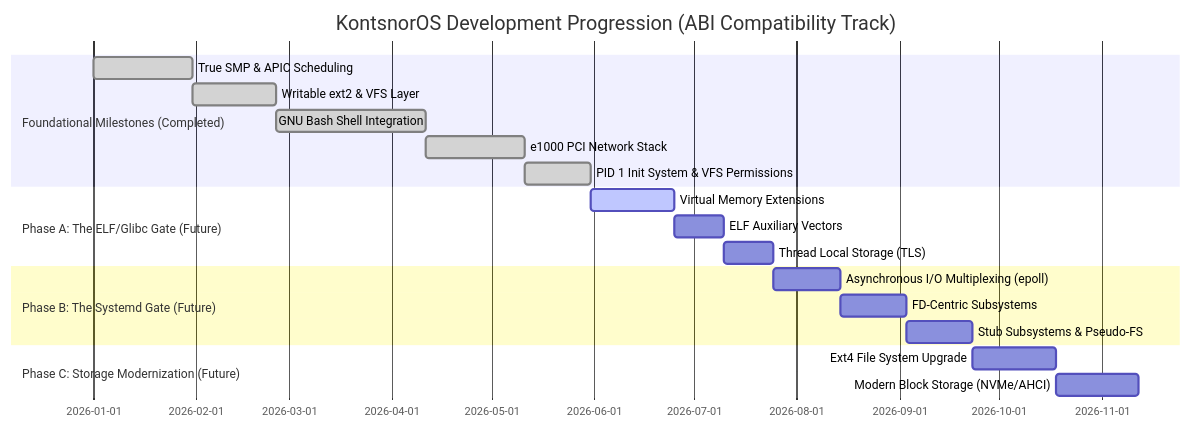
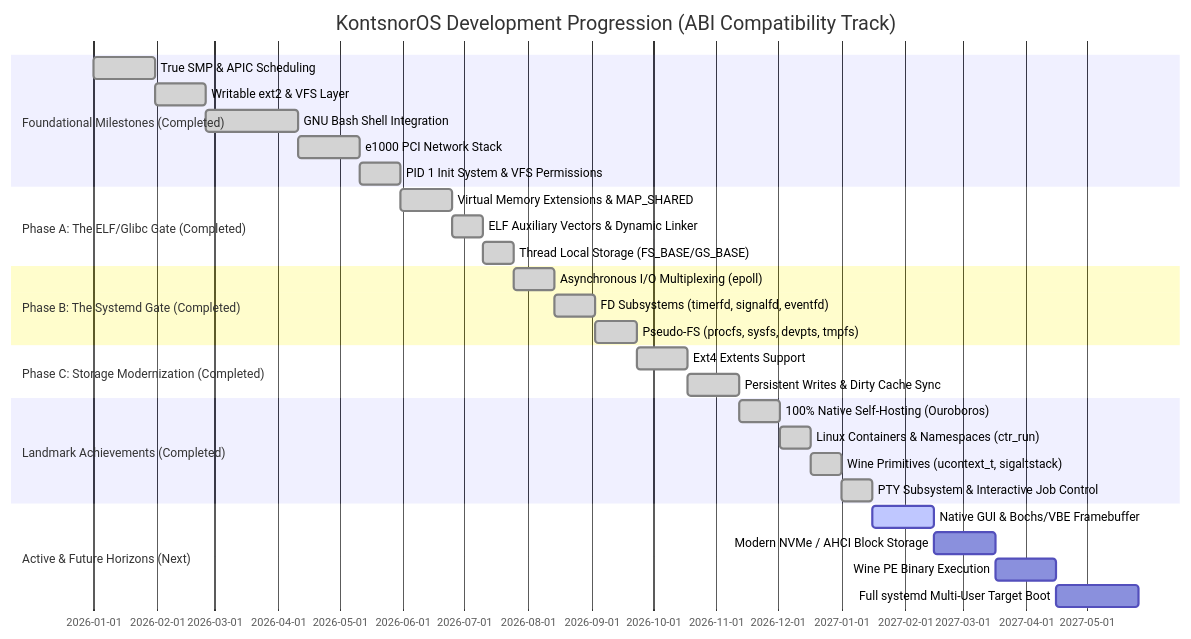
One commit to Kontsnor/KontsnorOS changed the first of 6 diagrams in docs/roadmap.md. Above: the diagram before and after it, drawn with Mermaid. The commit also changed other lines of this file and 3 other files, not shown here.

````diff
--- a/docs/roadmap.md
+++ b/docs/roadmap.md
@@ -11,22 +11,32 @@
 ```mermaid
 gantt
     title KontsnorOS Development Progression (ABI Compatibility Track)
     dateFormat  YYYY-MM-DD
     section Foundational Milestones (Completed)
     True SMP & APIC Scheduling           :done, f1, 2026-01-01, 30d
     Writable ext2 & VFS Layer            :done, f2, after f1, 25d
     GNU Bash Shell Integration           :done, f3, after f2, 45d
     e1000 PCI Network Stack              :done, f4, after f3, 30d
     PID 1 Init System & VFS Permissions  :done, f5, after f4, 20d
-    section Phase A: The ELF/Glibc Gate (Future)
-    Virtual Memory Extensions            :active, a1, after f5, 25d
-    ELF Auxiliary Vectors                :a2, after a1, 15d
-    Thread Local Storage (TLS)           :a3, after a2, 15d
-    section Phase B: The Systemd Gate (Future)
-    Asynchronous I/O Multiplexing (epoll):b1, after a3, 20d
-    FD-Centric Subsystems                :b2, after b1, 20d
-    Stub Subsystems & Pseudo-FS          :b3, after b2, 20d
-    section Phase C: Storage Modernization (Future)
-    Ext4 File System Upgrade             :c1, after b3, 25d
-    Modern Block Storage (NVMe/AHCI)     :c2, after c1, 25d
+    section Phase A: The ELF/Glibc Gate (Completed)
+    Virtual Memory Extensions & MAP_SHARED:done, a1, after f5, 25d
+    ELF Auxiliary Vectors & Dynamic Linker:done, a2, after a1, 15d
+    Thread Local Storage (FS_BASE/GS_BASE):done, a3, after a2, 15d
+    section Phase B: The Systemd Gate (Completed)
+    Asynchronous I/O Multiplexing (epoll):done, b1, after a3, 20d
+    FD Subsystems (timerfd, signalfd, eventfd):done, b2, after b1, 20d
+    Pseudo-FS (procfs, sysfs, devpts, tmpfs):done, b3, after b2, 20d
+    section Phase C: Storage Modernization (Completed)
+    Ext4 Extents Support                 :done, c1, after b3, 25d
+    Persistent Writes & Dirty Cache Sync :done, c2, after c1, 25d
+    section Landmark Achievements (Completed)
+    100% Native Self-Hosting (Ouroboros) :done, l1, after c2, 20d
+    Linux Containers & Namespaces (ctr_run):done, l2, after l1, 15d
+    Wine Primitives (ucontext_t, sigaltstack):done, l3, after l2, 15d
+    PTY Subsystem & Interactive Job Control:done, l4, after l3, 15d
+    section Active & Future Horizons (Next)
+    Native GUI & Bochs/VBE Framebuffer   :active, d1, after l4, 30d
+    Modern NVMe / AHCI Block Storage     :d2, after d1, 30d
+    Wine PE Binary Execution             :d3, after d2, 30d
+    Full systemd Multi-User Target Boot  :d4, after d3, 40d
 ```
````
